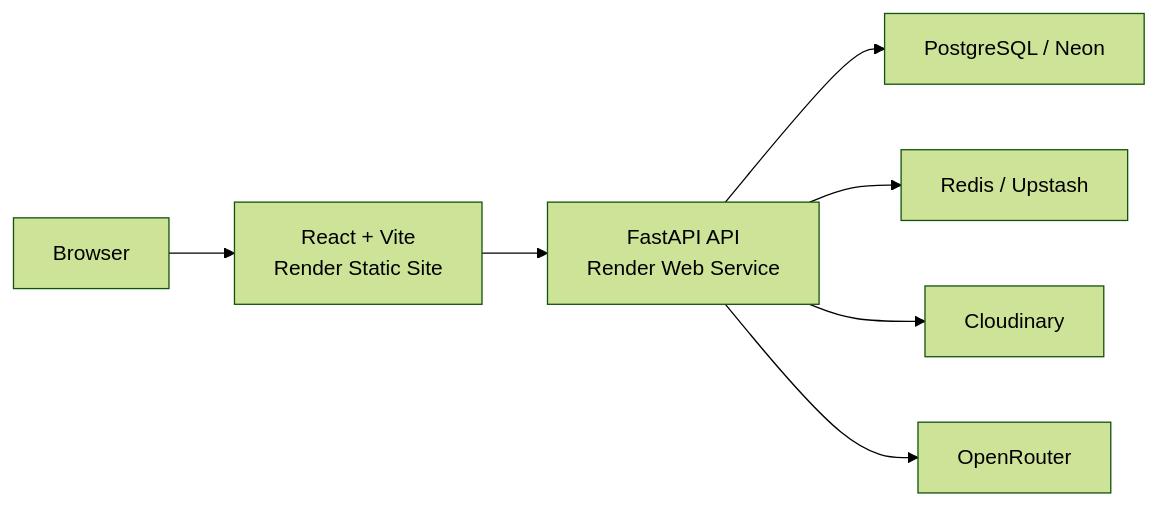
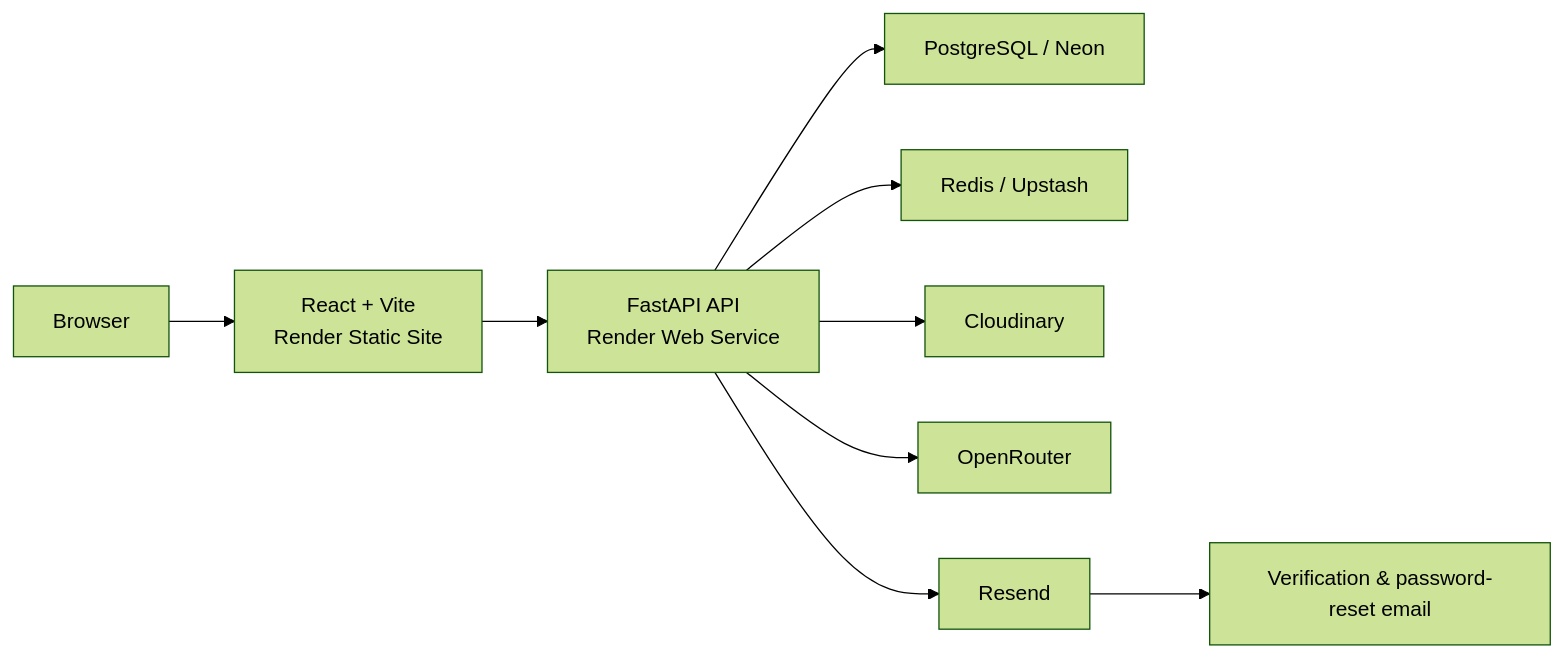
Before and after one commit to YaswanthSai2003/Averlen: the diagram in README.md, drawn with Mermaid (forest theme). The commit also changed other lines of this file and 5 other files, not shown here.

````diff
--- a/README.md
+++ b/README.md
@@ -24,10 +61,13 @@
 ```mermaid
 flowchart LR
     U[Browser] --> W["React + Vite<br/>Render Static Site"]
     W --> A["FastAPI API<br/>Render Web Service"]
 
     A --> P["PostgreSQL / Neon"]
     A --> R["Redis / Upstash"]
     A --> C[Cloudinary]
     A --> O[OpenRouter]
+    A --> E[Resend]
+
+    E --> M["Verification & password-reset email"]
 ```
````
